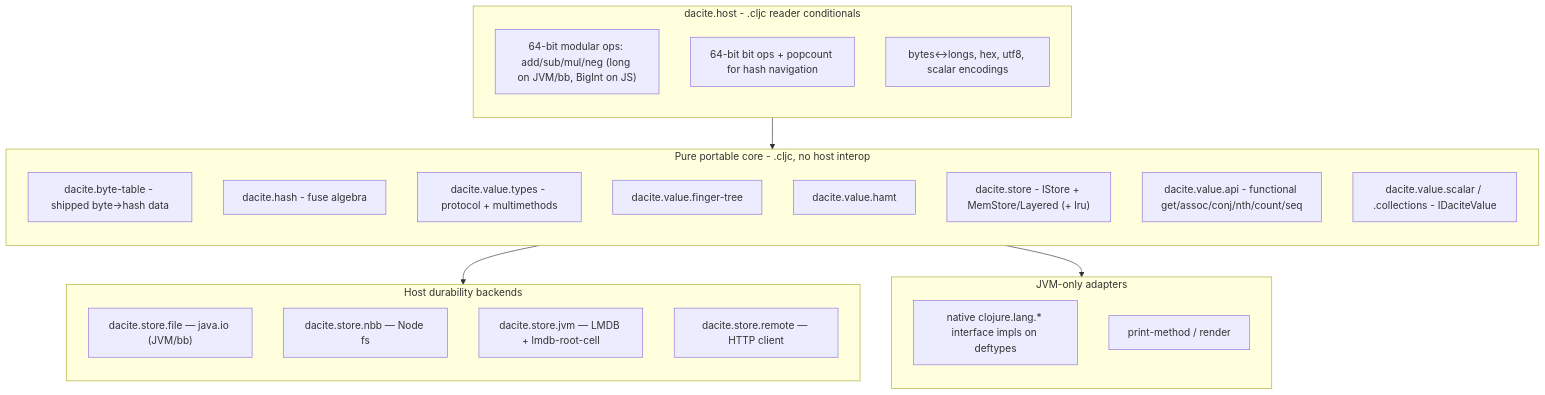
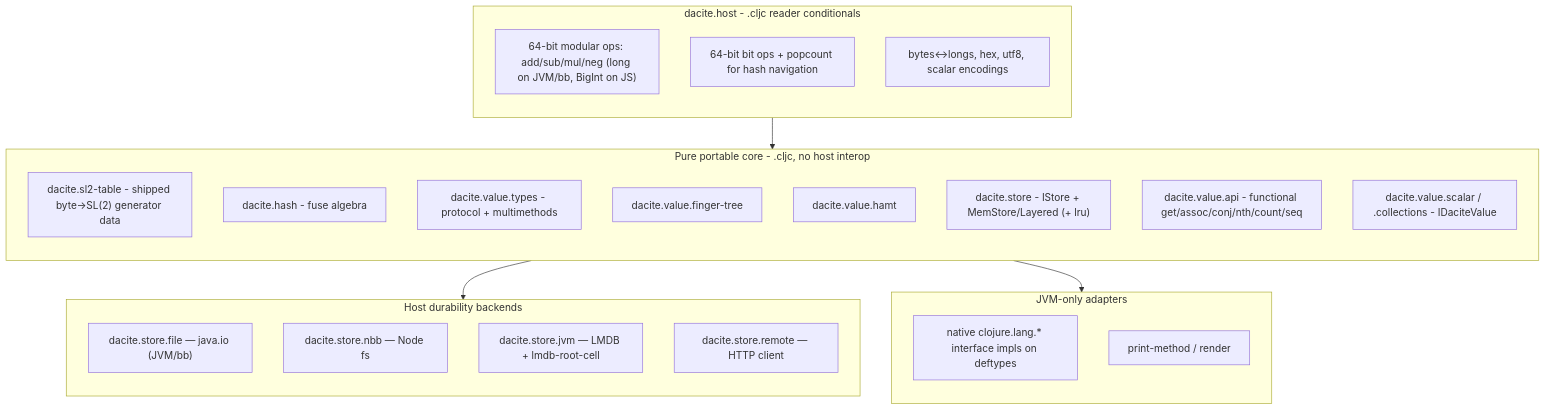
Before and after one commit to jclaggett/dacite: the diagram in docs/design/portable-core.md, drawn with Mermaid. The commit also changed other lines of this file and 243 other files, not shown here.

````diff
--- a/docs/design/portable-core.md
+++ b/docs/design/portable-core.md
@@ -33,35 +33,35 @@
 ```mermaid
 flowchart TB
   subgraph host [dacite.host - .cljc reader conditionals]
     direction TB
     u64["64-bit modular ops: add/sub/mul/neg (long on JVM/bb, BigInt on JS)"]
     bits["64-bit bit ops + popcount for hash navigation"]
     conv["bytes<->longs, hex, utf8, scalar encodings"]
   end
   subgraph core [Pure portable core - .cljc, no host interop]
     direction TB
-    tbl["dacite.byte-table - shipped byte->hash data"]
+    tbl["dacite.sl2-table - shipped byte->SL(2) generator data"]
     hash["dacite.hash - fuse algebra"]
     types["dacite.value.types - protocol + multimethods"]
     ft["dacite.value.finger-tree"]
     ha["dacite.value.hamt"]
     memstore["dacite.store - IStore + MemStore/Layered (+ lru)"]
     api["dacite.value.api - functional get/assoc/conj/nth/count/seq"]
     values["dacite.value.scalar / .collections - IDaciteValue"]
   end
   subgraph hostbackends [Host durability backends]
     direction TB
     filejvm["dacite.store.file — java.io (JVM/bb)"]
     filenbb["dacite.store.nbb — Node fs"]
     lmdb["dacite.store.jvm — LMDB + lmdb-root-cell"]
     remote["dacite.store.remote — HTTP client"]
   end
   subgraph jvmonly [JVM-only adapters]
     direction TB
     native["native clojure.lang.* interface impls on deftypes"]
     print["print-method / render"]
   end
   host --> core
   core --> hostbackends
   core --> jvmonly
 ```
````
